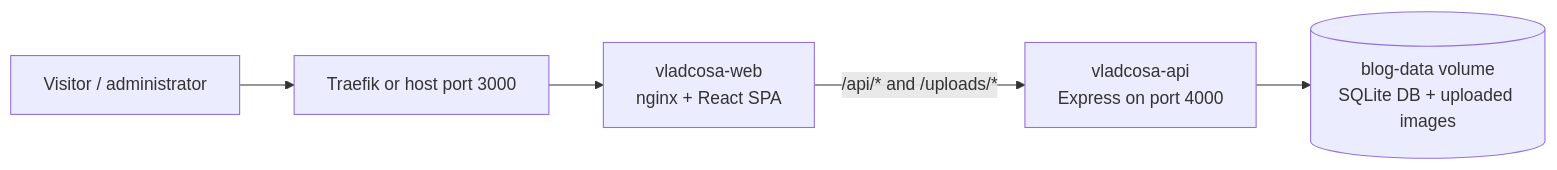
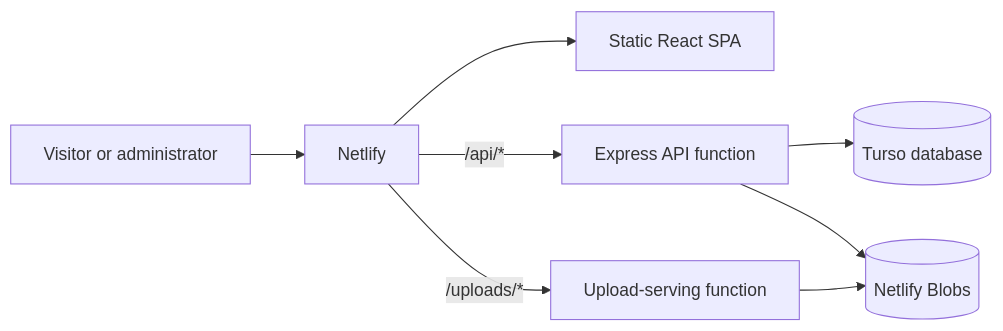
The diagram in README.md (cana90/vladcosa.ro), drawn with Mermaid before and after one commit. The commit also changed other lines of this file and 34 other files, not shown here.

Commit message:
Migrate backend to Netlify Functions + Turso + Netlify Blobs

````diff
--- a/README.md
+++ b/README.md
@@ -7,7 +7,10 @@
 ```mermaid
 flowchart LR
-    visitor["Visitor / administrator"] --> proxy["Traefik or host port 3000"]
-    proxy --> web["vladcosa-web<br/>nginx + React SPA"]
-    web -->|"/api/* and /uploads/*"| api["vladcosa-api<br/>Express on port 4000"]
-    api --> volume[("blog-data volume<br/>SQLite DB + uploaded images")]
+    visitor["Visitor or administrator"] --> netlify["Netlify"]
+    netlify --> spa["Static React SPA"]
+    netlify -->|"/api/*"| api["Express API function"]
+    netlify -->|"/uploads/*"| uploads["Upload-serving function"]
+    api --> turso[("Turso database")]
+    api --> blobs[("Netlify Blobs")]
+    uploads --> blobs
 ```
````
